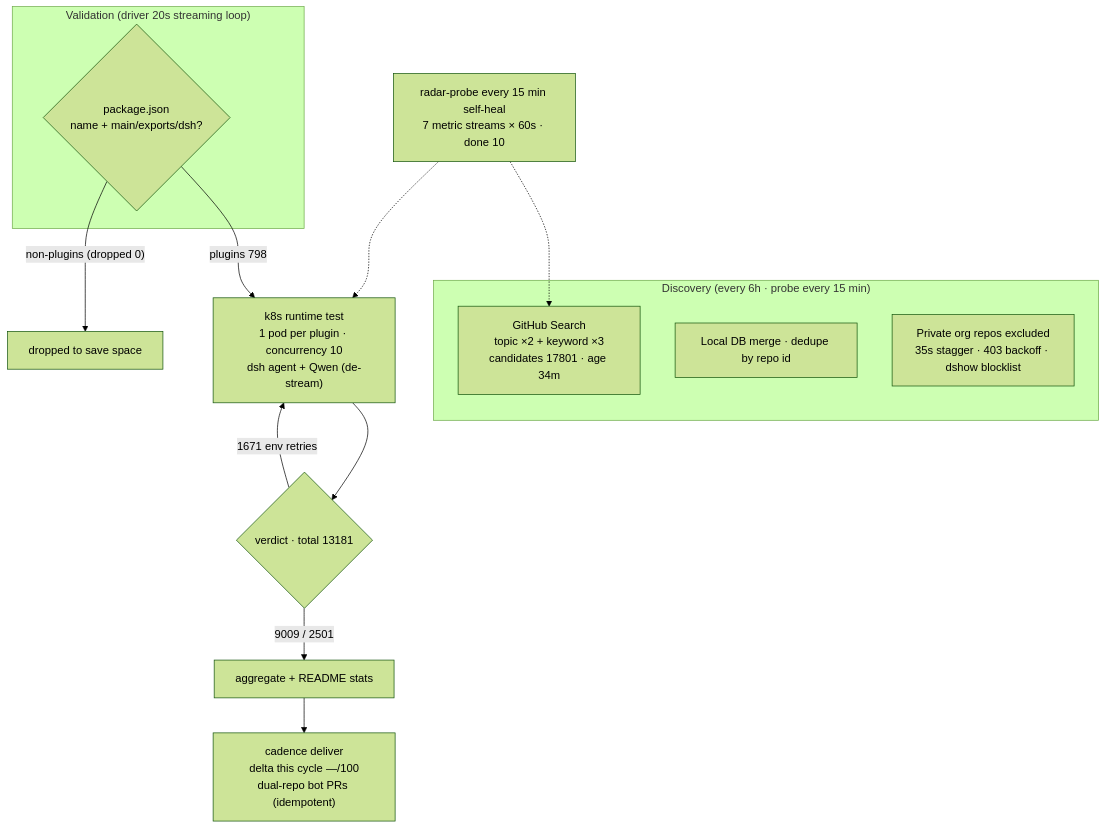
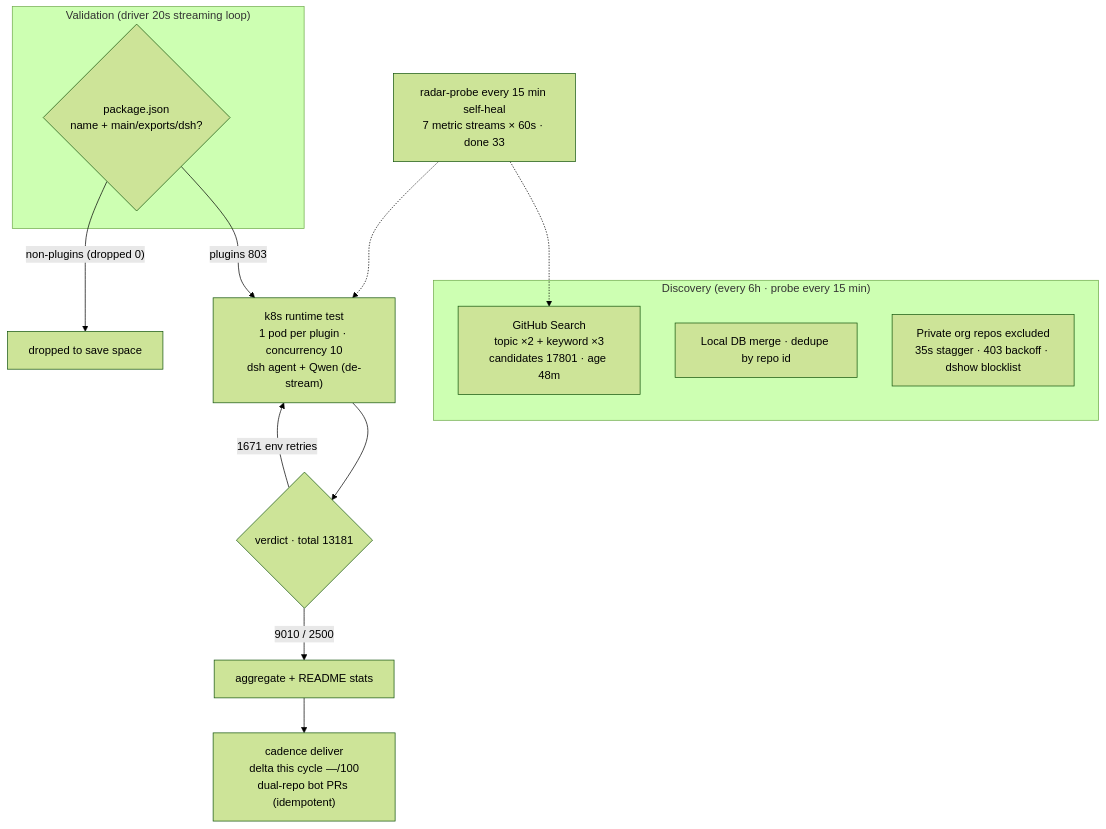
Before and after one commit to AdamPlatin123/awesome-dsh-plugins: the diagram in README.en-US.md, drawn with Mermaid (forest theme). The commit also changed other lines of this file and 5 other files, not shown here.

````diff
--- a/README.en-US.md
+++ b/README.en-US.md
@@ -45,20 +45,20 @@
 ```mermaid
 flowchart TB
     subgraph Discovery["Discovery (every 6h · probe every 15 min)"]
-        A1["GitHub Search<br/>topic ×2 + keyword ×3<br/>candidates 17801 · age 34m"]
+        A1["GitHub Search<br/>topic ×2 + keyword ×3<br/>candidates 17801 · age 48m"]
         A2["Local DB merge · dedupe by repo id"]
         A3["Private org repos excluded<br/>35s stagger · 403 backoff · dshow blocklist"]
     end
     subgraph Validation["Validation (driver 20s streaming loop)"]
         B1{"package.json<br/>name + main/exports/dsh?"}
     end
-    B1 -->|"plugins 798"| C1["k8s runtime test<br/>1 pod per plugin · concurrency 10<br/>dsh agent + Qwen (de-stream)"]
+    B1 -->|"plugins 803"| C1["k8s runtime test<br/>1 pod per plugin · concurrency 10<br/>dsh agent + Qwen (de-stream)"]
     B1 -->|"non-plugins (dropped 0)"| B3["dropped to save space"]
     C1 --> D1{"verdict · total 13181"}
-    D1 -->|"9009 / 2501"| E1["aggregate + README stats"]
+    D1 -->|"9010 / 2500"| E1["aggregate + README stats"]
     D1 -->|"1671 env retries"| C1
     E1 --> E2["cadence deliver<br/>delta this cycle —/100<br/>dual-repo bot PRs (idempotent)"]
-    M["radar-probe every 15 min self-heal<br/>7 metric streams × 60s · done 10"]
+    M["radar-probe every 15 min self-heal<br/>7 metric streams × 60s · done 33"]
     M -.-> A1
     M -.-> C1
 ```
````
